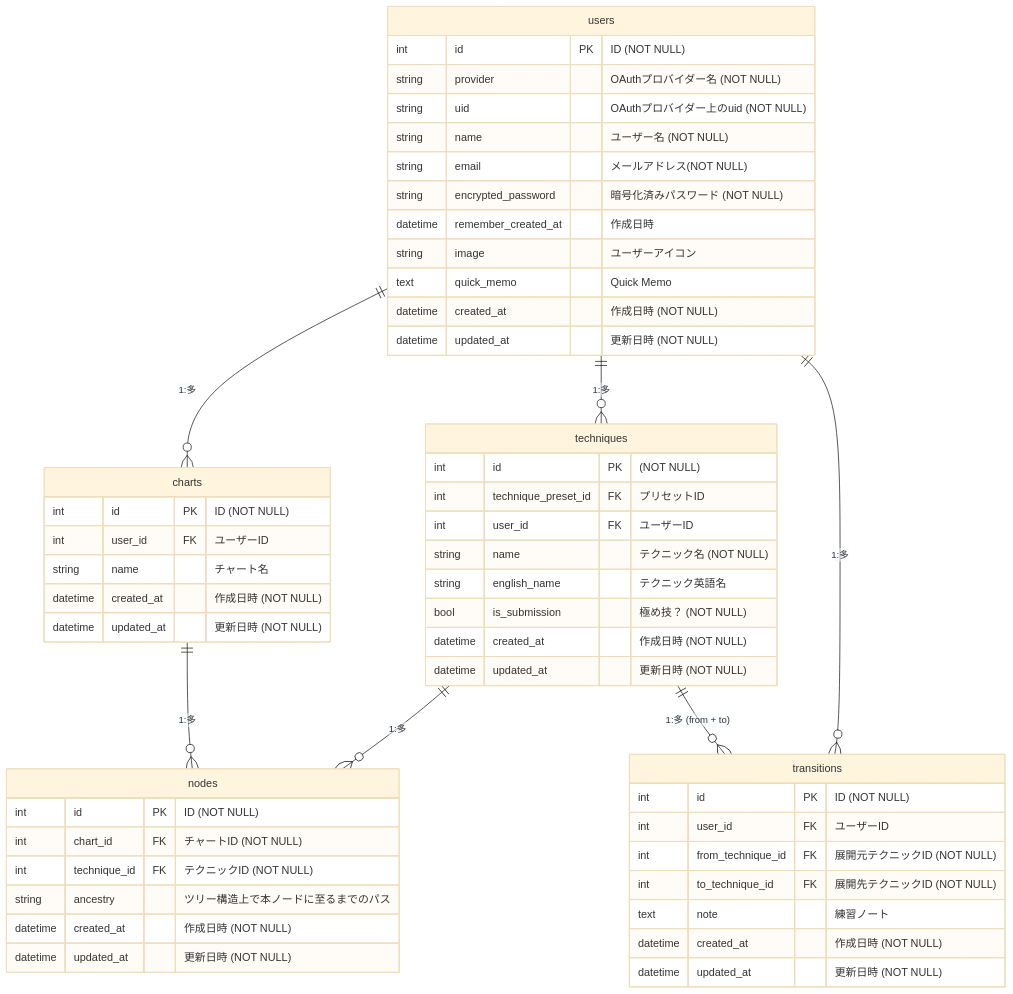
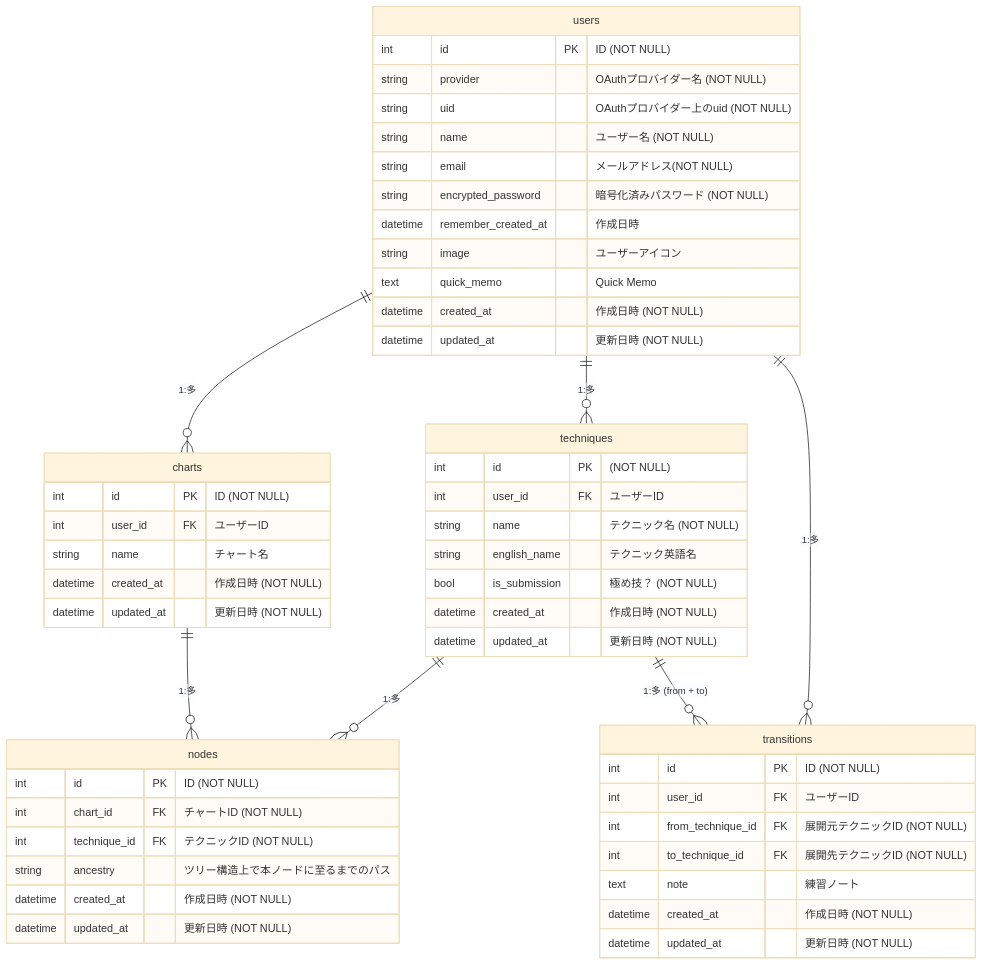
Before and after one commit to m-deura/bjj_flow_tracker: the diagram in README.md, drawn with Mermaid (base theme).

Commit message:
Update README.md
tequniquesテーブルの下記不要カラムを削除(削除忘れ)
```
int technique_preset_id FK "プリセットID"
```

````diff
--- a/README.md
+++ b/README.md
@@ -95,63 +95,62 @@
 ```mermaid
 erDiagram
   users {
     int id PK "ID (NOT NULL)"
     string provider "OAuthプロバイダー名 (NOT NULL)"
     string uid "OAuthプロバイダー上のuid (NOT NULL)"
     string name "ユーザー名 (NOT NULL)"
     string email "メールアドレス(NOT NULL)"
     string encrypted_password "暗号化済みパスワード (NOT NULL)"
     datetime remember_created_at "作成日時"
     string image "ユーザーアイコン"
     text quick_memo "Quick Memo"
     datetime created_at "作成日時 (NOT NULL)"
     datetime updated_at "更新日時 (NOT NULL)"
   }
 
   techniques {
     int id PK "(NOT NULL)"
-    int technique_preset_id FK "プリセットID"
     int user_id FK "ユーザーID"
     string name "テクニック名 (NOT NULL)"
     string english_name "テクニック英語名"
     bool is_submission "極め技？ (NOT NULL)"
     datetime created_at "作成日時 (NOT NULL)"
     datetime updated_at "更新日時 (NOT NULL)"
   }
 
   transitions {
     int id PK "ID (NOT NULL)"
     int user_id FK "ユーザーID"
     int from_technique_id FK "展開元テクニックID (NOT NULL)"
     int to_technique_id FK "展開先テクニックID (NOT NULL)"
     text note "練習ノート"
     datetime created_at "作成日時 (NOT NULL)"
     datetime updated_at "更新日時 (NOT NULL)"
   }
 
   charts {
     int id PK "ID (NOT NULL)"
     int user_id FK "ユーザーID"
     string name "チャート名"
     datetime created_at "作成日時 (NOT NULL)"
     datetime updated_at "更新日時 (NOT NULL)"
   }
 
   nodes {
     int id PK "ID (NOT NULL)"
     int chart_id FK "チャートID (NOT NULL)"
     int technique_id FK "テクニックID (NOT NULL)"
     string ancestry "ツリー構造上で本ノードに至るまでのパス"
     datetime created_at "作成日時 (NOT NULL)"
     datetime updated_at "更新日時 (NOT NULL)"
   }
 
   users ||--o{ techniques : "1:多"
   users ||--o{ charts : "1:多"
   users ||--o{ transitions : "1:多"
 
   techniques ||--o{ nodes : "1:多"
   techniques ||--o{ transitions : "1:多 (from + to)"
 
   charts ||--o{ nodes : "1:多"
 ```
````
